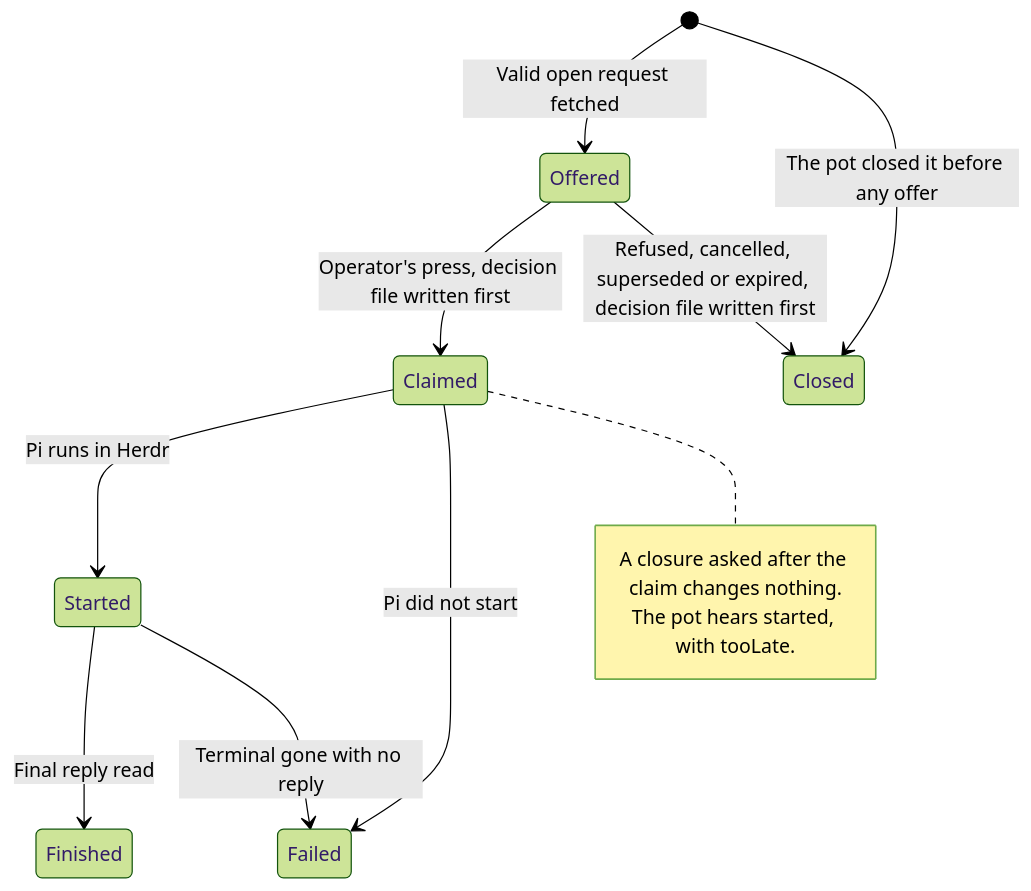
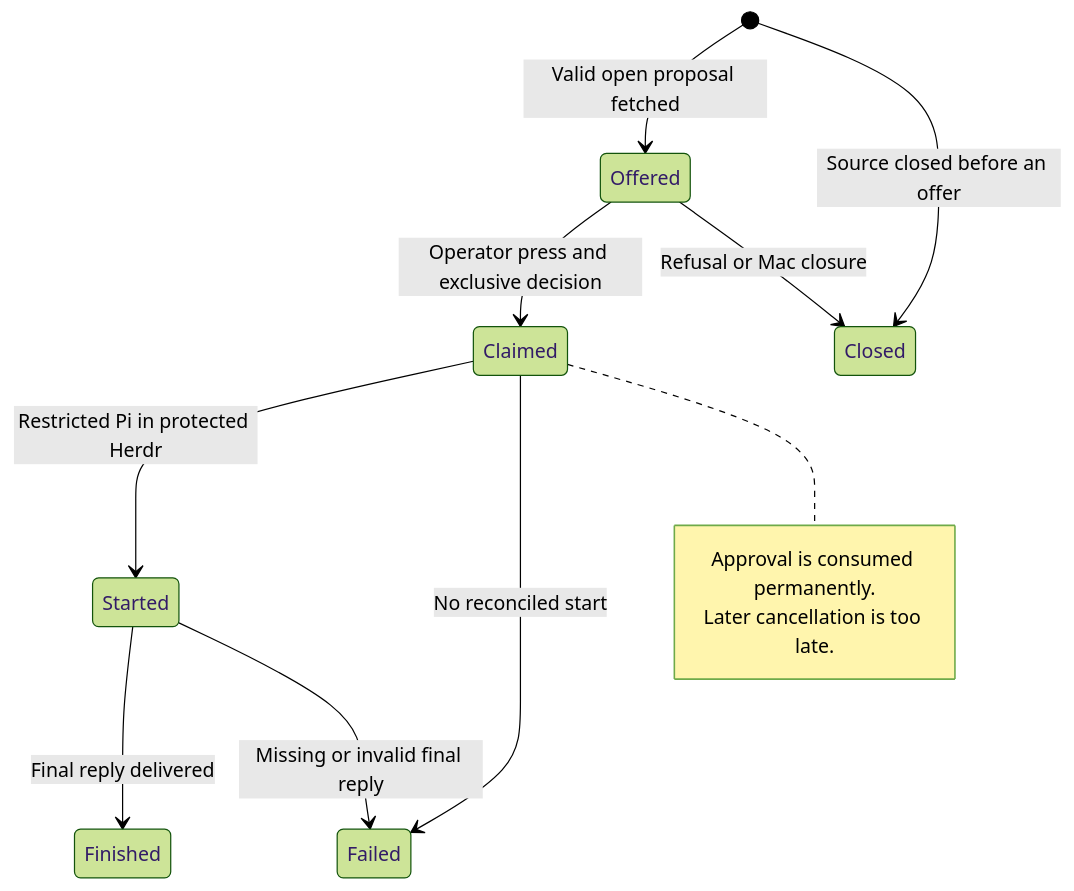
The second of 2 diagrams in docs/mac-launch.md (walid-mos/agent-sandbox), drawn with Mermaid (forest theme) before and after one commit. The commit also changed other lines of this file and 28 other files, not shown here.

````diff
--- a/docs/mac-launch.md
+++ b/docs/mac-launch.md
@@ -166,15 +72,15 @@
 ```mermaid
 stateDiagram-v2
-    [*] --> Offered: Valid open request fetched
-    [*] --> Closed: The pot closed it before any offer
-    Offered --> Claimed: Operator's press, decision file written first
-    Offered --> Closed: Refused, cancelled, superseded or expired, decision file written first
-    Claimed --> Started: Pi runs in Herdr
-    Claimed --> Failed: Pi did not start
-    Started --> Finished: Final reply read
-    Started --> Failed: Terminal gone with no reply
+    [*] --> Offered: Valid open proposal fetched
+    [*] --> Closed: Source closed before an offer
+    Offered --> Claimed: Operator press and exclusive decision
+    Offered --> Closed: Refusal or Mac closure
+    Claimed --> Started: Restricted Pi in protected Herdr
+    Claimed --> Failed: No reconciled start
+    Started --> Finished: Final reply delivered
+    Started --> Failed: Missing or invalid final reply
     note right of Claimed
-        A closure asked after the claim changes nothing.
-        The pot hears started, with tooLate.
+        Approval is consumed permanently.
+        Later cancellation is too late.
     end note
 ```
````
